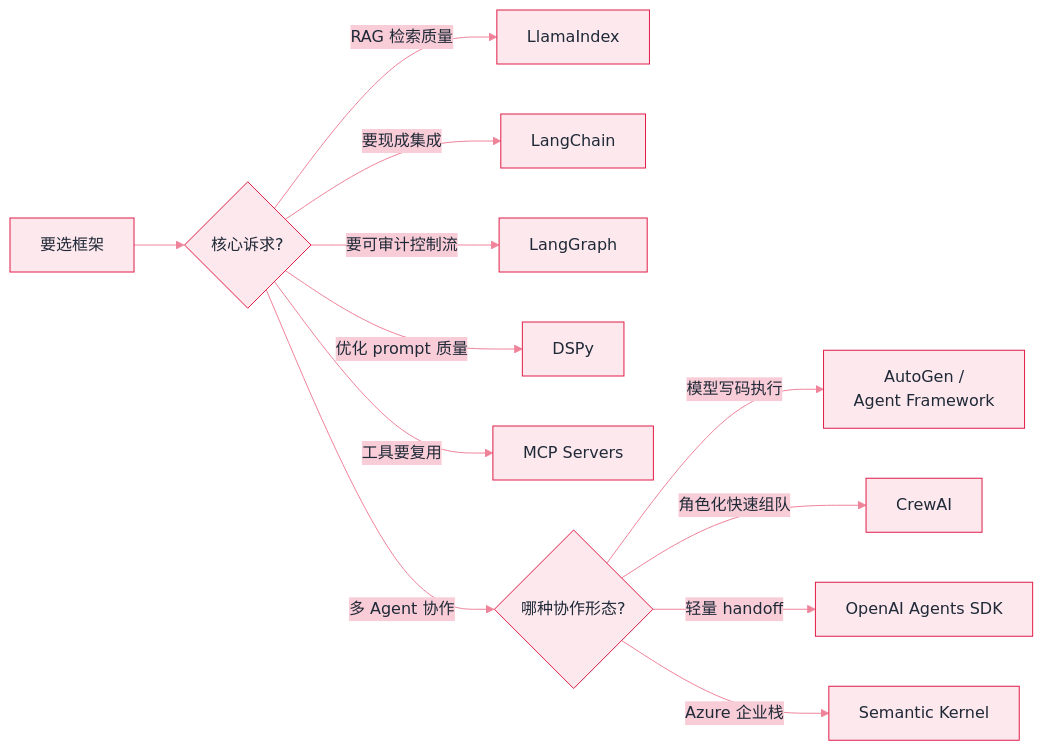
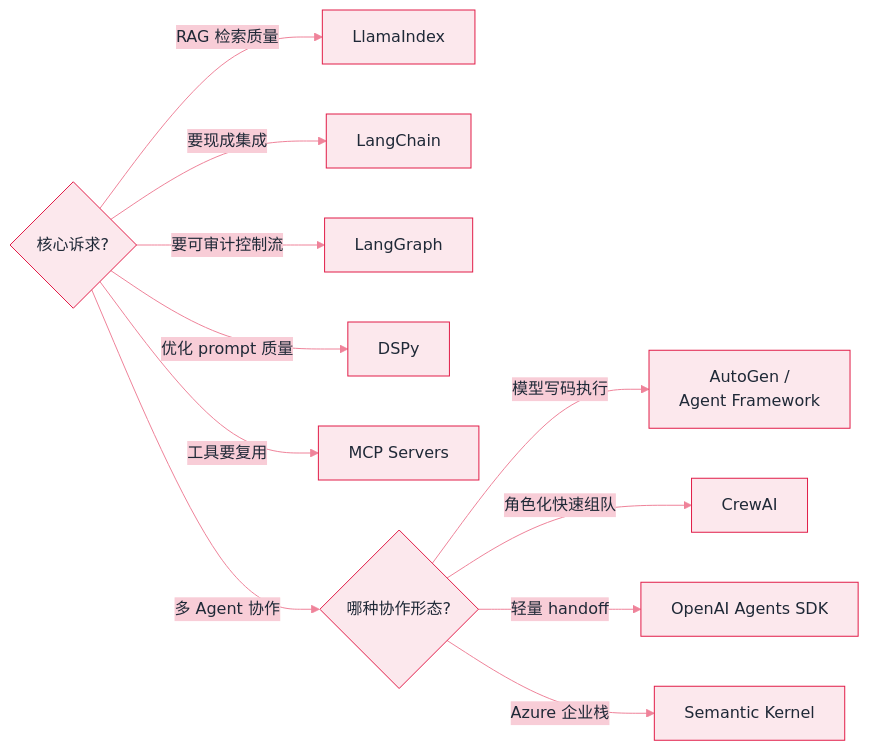
Before and after one commit to funny8kids/ai-agent-handbook: the diagram in docs/09-frameworks/README.md, drawn with Mermaid. The commit also changed 45 other files, not shown here.

First line of the commit message:
Thicken 12 thin pages, clear 25 over-width diagrams, re-proportion 10 thin-ribbon diagrams

````diff
--- a/docs/09-frameworks/README.md
+++ b/docs/09-frameworks/README.md
@@ -33,15 +33,14 @@
 ```mermaid
 %%{init: {"theme":"base","themeVariables":{"primaryColor":"#FCE8ED","primaryBorderColor":"#E11D48","primaryTextColor":"#1F2937","secondaryColor":"#F8CDD7","tertiaryColor":"#FEF6F8","lineColor":"#EF839A","actorBkg":"#FDEDF0","actorBorder":"#E11D48","actorTextColor":"#1F2937","signalColor":"#EA617F","noteBkgColor":"#FAD6DE","noteBorderColor":"#E11D48","noteTextColor":"#1F2937","labelBoxBkgColor":"#FCE8ED","labelBoxBorderColor":"#E11D48"}}}%%
 flowchart LR
-  A[要选框架] --> B{核心诉求?}
-  B -->|RAG 检索质量| LI[LlamaIndex]
+  B{核心诉求?} -->|RAG 检索质量| LI[LlamaIndex]
   B -->|要现成集成| LC[LangChain]
   B -->|要可审计控制流| LG[LangGraph]
   B -->|优化 prompt 质量| DS[DSPy]
   B -->|工具要复用| MC[MCP Servers]
   B -->|多 Agent 协作| C{哪种协作形态?}
   C -->|模型写码执行| AG["AutoGen /<br/>Agent Framework"]
   C -->|角色化快速组队| CR[CrewAI]
   C -->|轻量 handoff| OA[OpenAI Agents SDK]
   C -->|Azure 企业栈| SK[Semantic Kernel]
 ```
````
